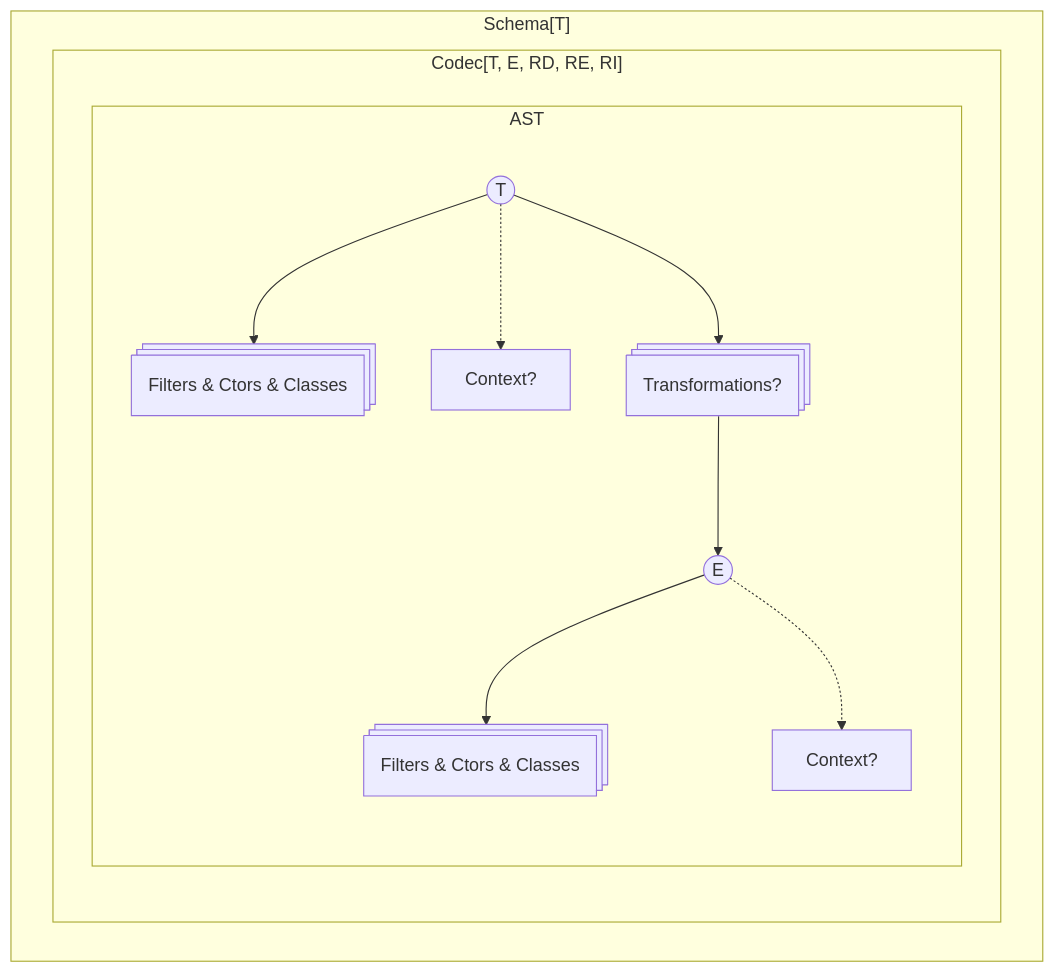
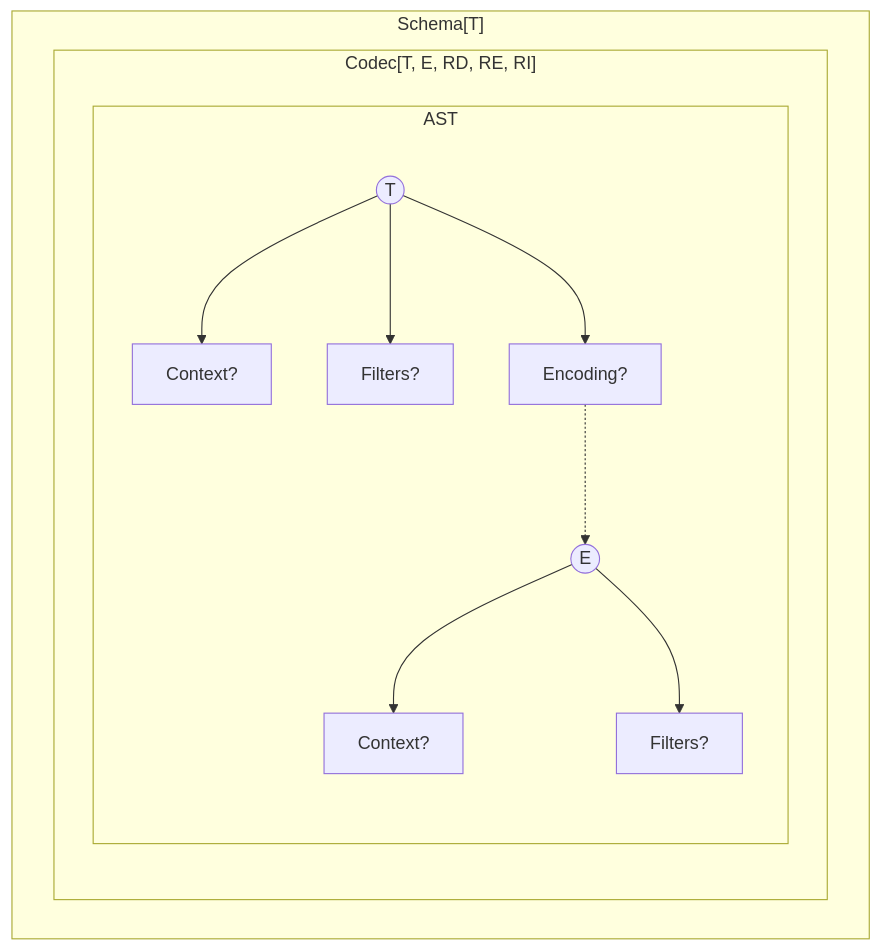
One commit to Effect-TS/effect-smol changed the first of 3 diagrams in SCHEMA.md. Above: the diagram before and after it, drawn with Mermaid. The commit also changed other lines of this file and 10 other files, not shown here.

````diff
--- a/SCHEMA.md
+++ b/SCHEMA.md
@@ -5,20 +5,20 @@
 ```mermaid
 flowchart TD
   subgraph "Schema[T]"
   subgraph "Codec[T, E, RD, RE, RI]"
   subgraph AST
+    T@{ shape: circle, label: "T" }
     E@{ shape: circle, label: "E" }
-    ModifiersT@{ shape: procs, label: "Filters & Ctors & Classes"}
-    ModifiersE@{ shape: procs, label: "Filters & Ctors & Classes"}
-    Transformations@{ shape: procs, label: "Transformations?"}
-    T@{ shape: circle, label: "T" }
-    T --> ModifiersT
-    T .-> TC[Context?]
-    E --> ModifiersE
-    T --> Transformations
-    E .-> EC[Context?]
-    Transformations --> E
+    FiltersT[Filters?]
+    FiltersE[Filters?]
+    Encoding[Encoding?]
+    T --> TC[Context?]
+    T --> FiltersT
+    E --> EC[Context?]
+    E --> FiltersE
+    T --> Encoding
+    Encoding .-> E
   end
   end
   end
 ```
````
